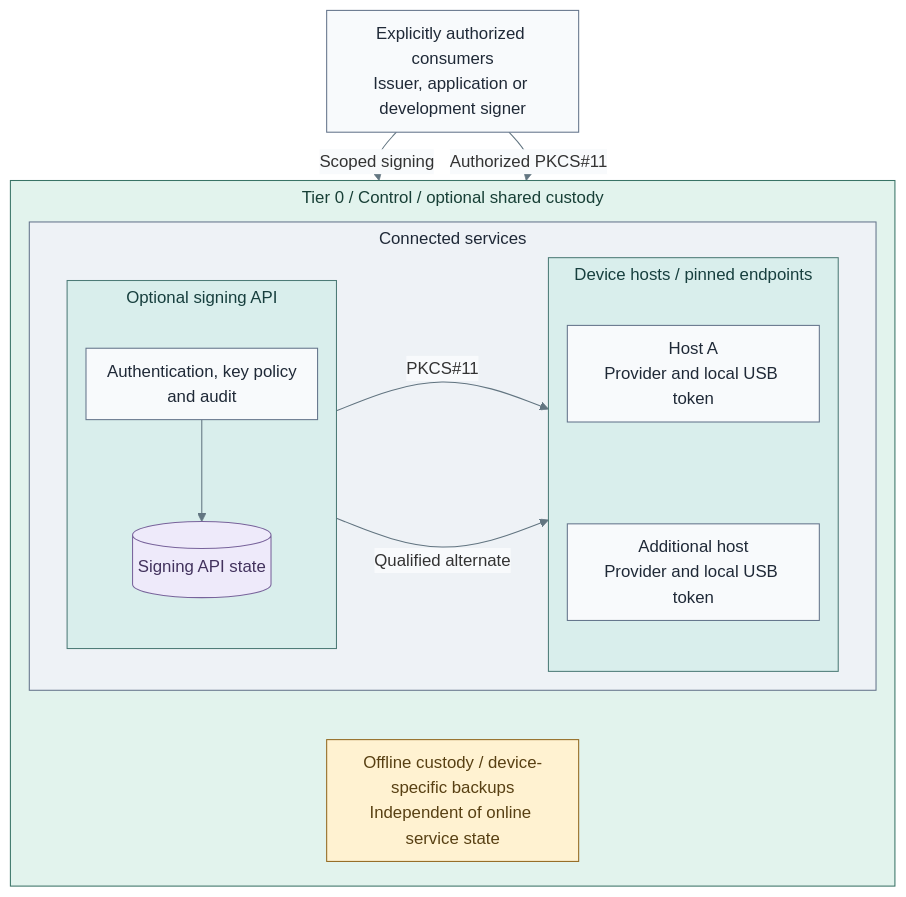
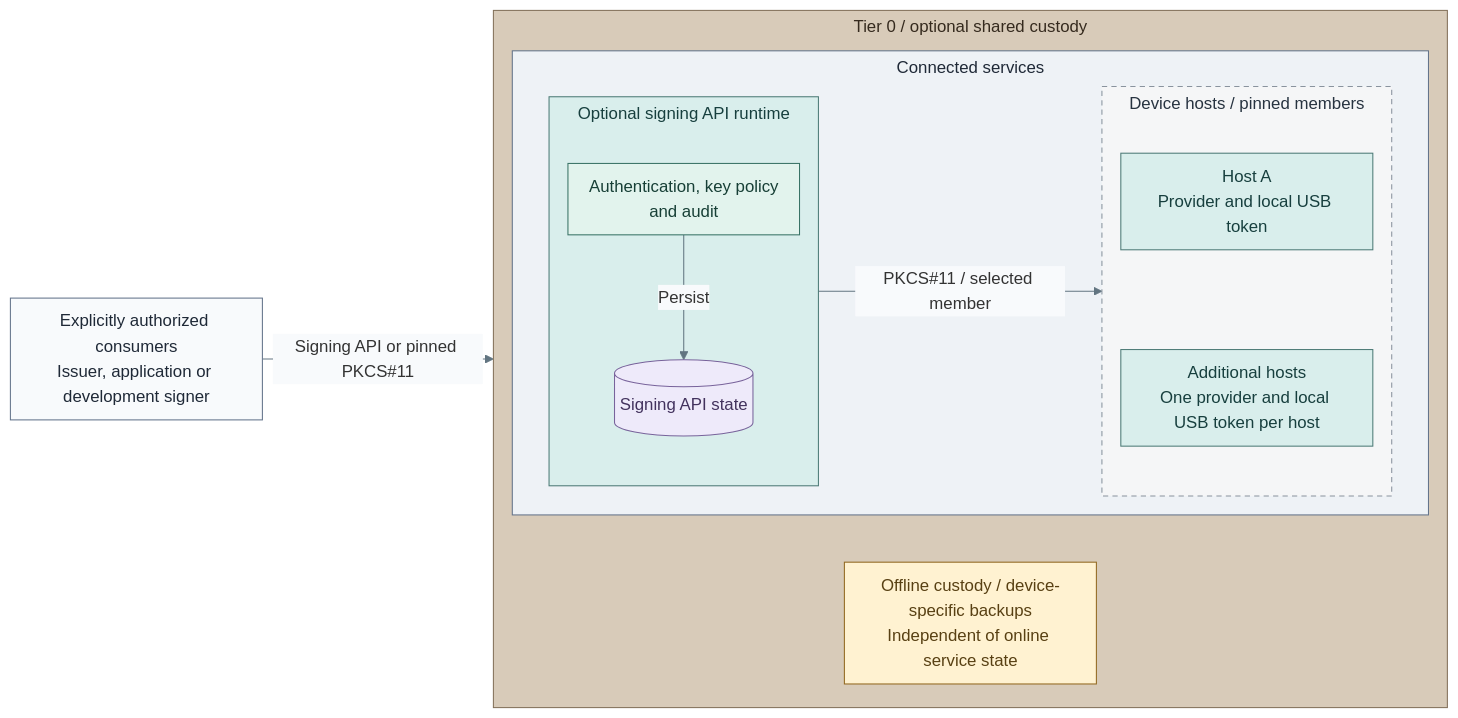
One commit to Rexus/homelab changed the first of 2 diagrams in docs/01-architecture/08-cryptography/04-usb-hsm.md. Above: the diagram before and after it, drawn with Mermaid. The commit also changed other lines of this file and 108 other files, not shown here.

Commit message:
docs(diagrams): unify visual language and opening views

````diff
--- a/docs/01-architecture/08-cryptography/04-usb-hsm.md
+++ b/docs/01-architecture/08-cryptography/04-usb-hsm.md
@@ -13,40 +13,42 @@
 ```mermaid
-%%{init: {"theme":"base","flowchart":{"nodeSpacing":16,"rankSpacing":22,"padding":10,"subGraphTitleMargin":{"top":4,"bottom":12}},"themeVariables":{"lineColor":"#627581","edgeLabelBackground":"#f8fafc"}}}%%
-flowchart TB
+%%{init: {"theme":"base","flowchart":{"nodeSpacing":16,"rankSpacing":20,"padding":10,"subGraphTitleMargin":{"top":4,"bottom":12}},"themeVariables":{"lineColor":"#627581","edgeLabelBackground":"#f8fafc"}}}%%
+flowchart LR
   Clients["Explicitly authorized consumers<br/>Issuer, application or development signer"]
-  subgraph T0["Tier 0 / Control / optional shared custody"]
+  subgraph T0["Tier 0 / optional shared custody"]
     direction TB
     subgraph Connected["Connected services"]
       direction LR
-      subgraph API["Optional signing API"]
+      subgraph API["Optional signing API runtime"]
         direction TB
         Policy["Authentication, key policy<br/>and audit"]
         State[("Signing API state")]
-        Policy --> State
+        Policy -->|Persist| State
       end
-      subgraph Pool["Device hosts / pinned endpoints"]
+      subgraph Pool["Device hosts / pinned members"]
         direction TB
         ProviderA["Host A<br/>Provider and local USB token"]
-        ProviderB["Additional host<br/>Provider and local USB token"]
+        ProviderB["Additional hosts<br/>One provider and local USB token per host"]
         ProviderA ~~~ ProviderB
       end
+      API -->|PKCS#11 / selected member| Pool
     end
     Custody["Offline custody / device-specific backups<br/>Independent of online service state"]
-    ProviderB ~~~ Custody
+    Connected ~~~ Custody
   end
-  Clients -->|Scoped signing| Policy
-  Clients -->|Authorized PKCS#11| ProviderA
-  Policy -->|PKCS#11| ProviderA
-  Policy -->|Qualified alternate| ProviderB
+  Clients -->|Signing API or pinned PKCS#11| T0
   classDef default fill:#f8fafc,stroke:#64748b,color:#1f2937
-  classDef control fill:#e2f3ed,stroke:#397366,color:#173f36
+  classDef tier0 fill:#d8cbb9,stroke:#83715a,color:#352a1e
   classDef boundary fill:#eef2f6,stroke:#64748b,color:#1f2937
   classDef runtime fill:#d9eeec,stroke:#4d7b77,color:#173f3e
+  classDef replicas fill:#f5f6f7,stroke:#89939e,color:#273340,stroke-dasharray:5 4
+  classDef control fill:#e2f3ed,stroke:#397366,color:#173f36
   classDef custody fill:#fff2d1,stroke:#926820,color:#584013
   classDef data fill:#eeeafa,stroke:#78639b,color:#42325d
-  class T0 control
+  class T0 tier0
   class Connected boundary
-  class API,Pool runtime
+  class API,ProviderA,ProviderB runtime
+  class Pool replicas
+  class Policy control
   class Custody custody
   class State data
 ```
````
